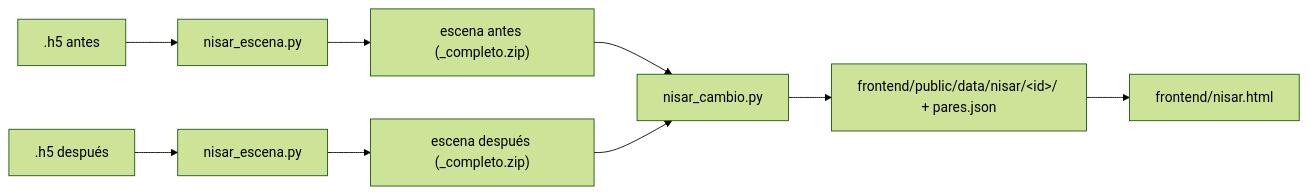
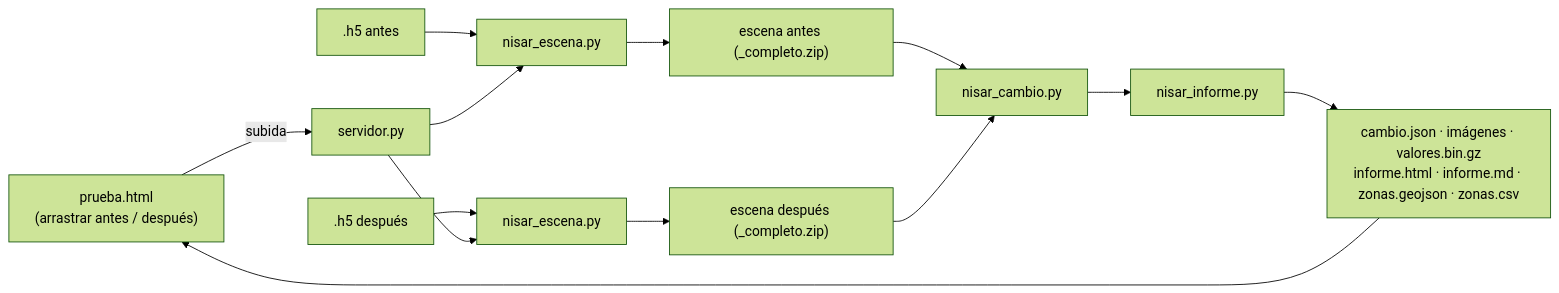
The diagram in processing/README.md (S4nxez/NISAR-SAR-Change-Detection), drawn with Mermaid (forest theme) before and after one commit. The commit also changed other lines of this file and 29 other files, not shown here.

````diff
--- a/processing/README.md
+++ b/processing/README.md
@@ -5,11 +10,14 @@
 ```mermaid
 flowchart LR
+  web["prueba.html<br/>(arrastrar antes / después)"] -- subida --> srv["servidor.py"]
   h5a[".h5 antes"] --> esc1["nisar_escena.py"]
   h5b[".h5 después"] --> esc2["nisar_escena.py"]
+  srv --> esc1 & esc2
   esc1 --> za["escena antes (_completo.zip)"]
   esc2 --> zb["escena después (_completo.zip)"]
   za --> cam["nisar_cambio.py"]
   zb --> cam
-  cam --> web["frontend/public/data/nisar/&lt;id&gt;/ + pares.json"]
-  web --> page["frontend/nisar.html"]
+  cam --> inf["nisar_informe.py"]
+  inf --> res["cambio.json · imágenes · valores.bin.gz<br/>informe.html · informe.md · zonas.geojson · zonas.csv"]
+  res --> web
 ```
````
